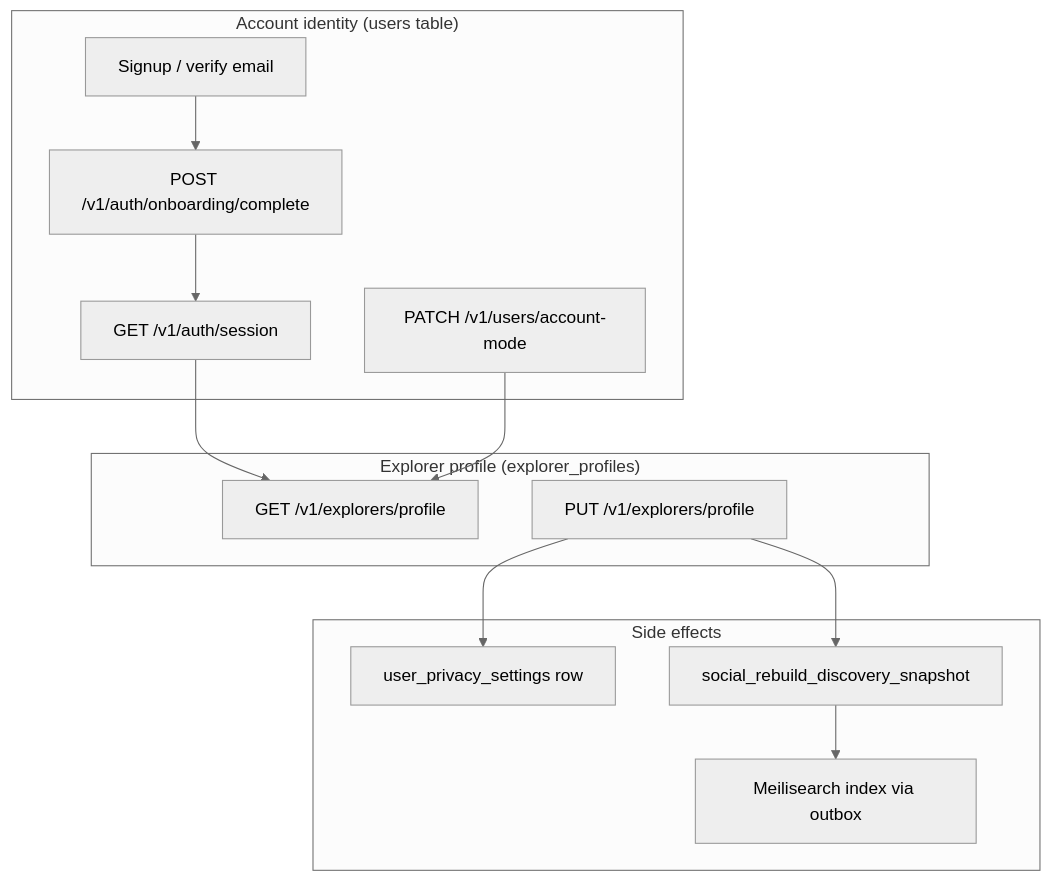
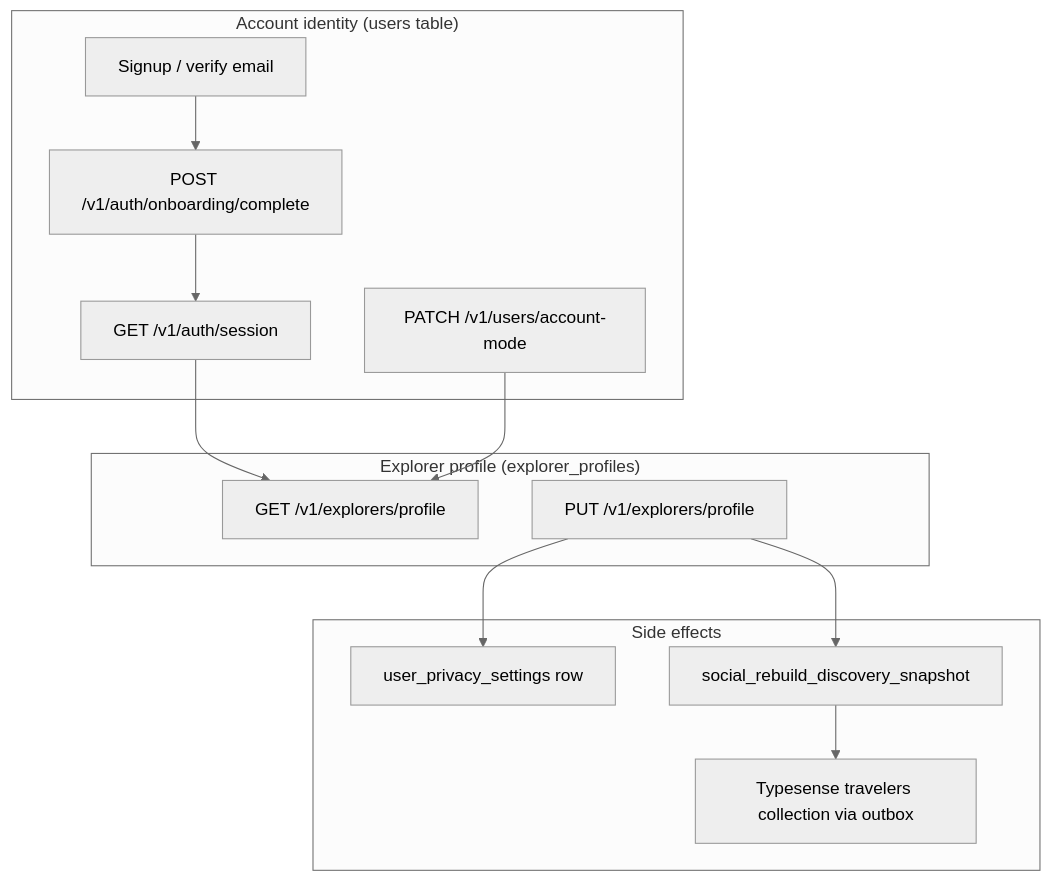
One commit to Premaramkarthik/chatapp-backend changed the first of 2 diagrams in docs/profile-api.md. Above: the diagram before and after it, drawn with Mermaid (neutral theme). The commit also changed other lines of this file and 110 other files, not shown here.

````diff
--- a/docs/profile-api.md
+++ b/docs/profile-api.md
@@ -35,28 +35,28 @@
 ```mermaid
 flowchart TB
   subgraph identity["Account identity (users table)"]
     Signup[Signup / verify email]
     Onboard[POST /v1/auth/onboarding/complete]
     Session[GET /v1/auth/session]
     Mode[PATCH /v1/users/account-mode]
   end
 
   subgraph explorer["Explorer profile (explorer_profiles)"]
     GetProf[GET /v1/explorers/profile]
     PutProf[PUT /v1/explorers/profile]
   end
 
   subgraph effects["Side effects"]
     Privacy[user_privacy_settings row]
     Snap[social_rebuild_discovery_snapshot]
-    Meili[Meilisearch index via outbox]
+    TS[Typesense travelers collection via outbox]
   end
 
   Signup --> Onboard
   Onboard --> Session
   Session --> GetProf
   PutProf --> Privacy
   PutProf --> Snap
-  Snap --> Meili
+  Snap --> TS
   Mode --> GetProf
 ```
````
